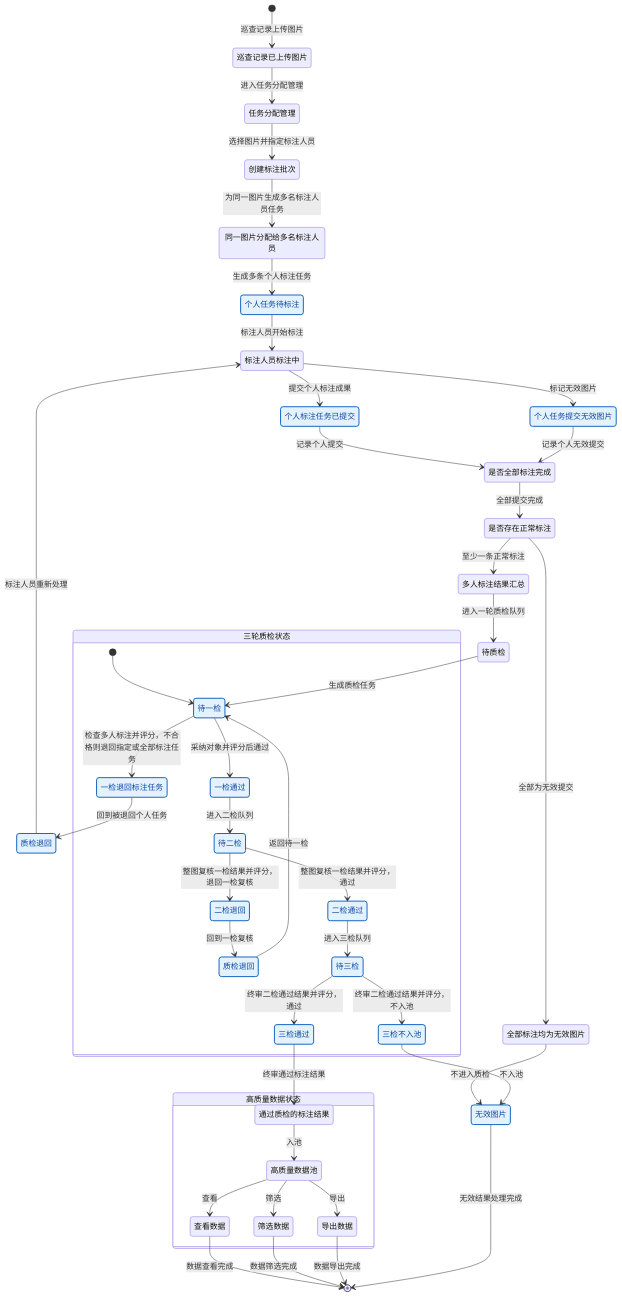
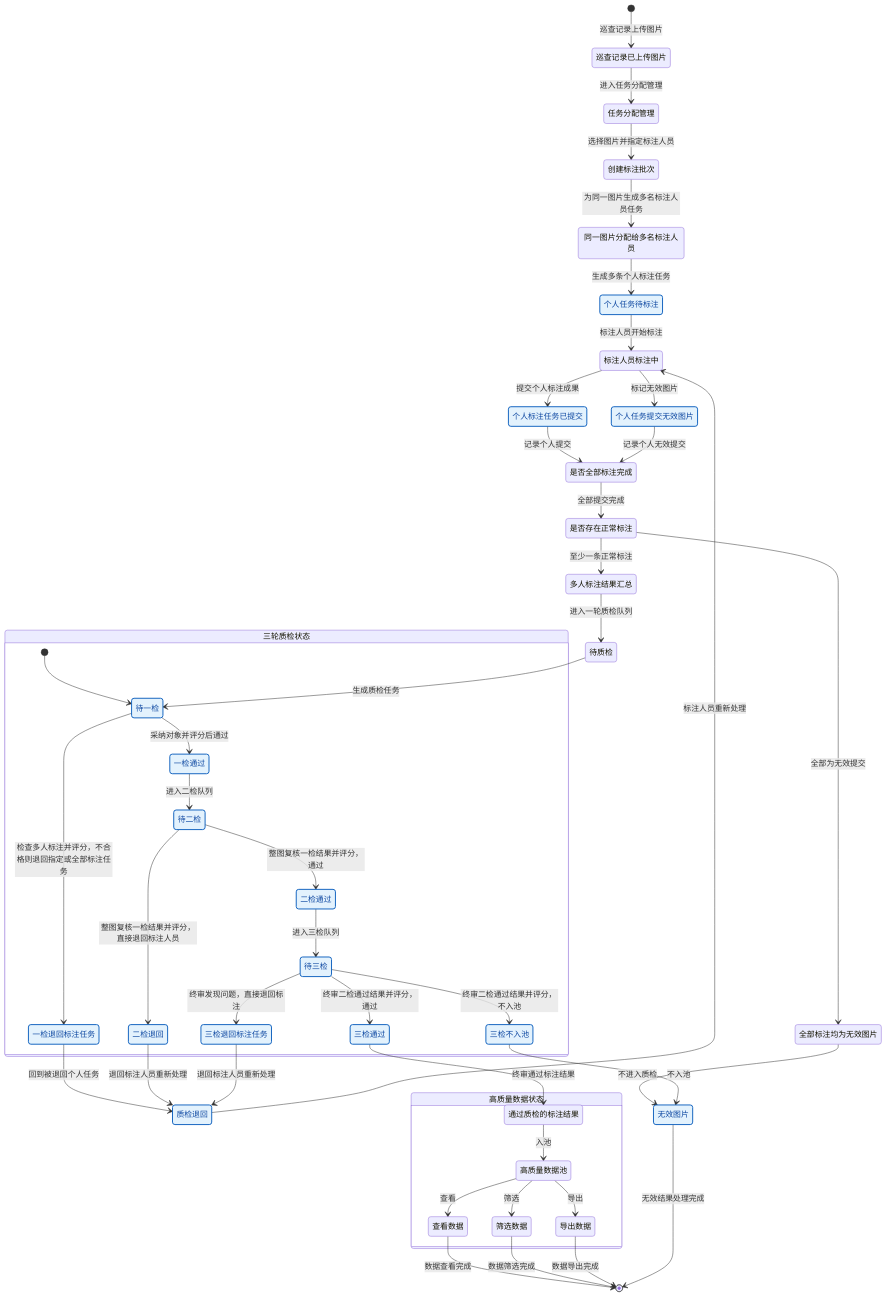
One commit to zhudan930612/shujuzhili changed the diagram in 02-PRD文档/后台管理/标注质检三轮质检流程.mmd. Above: the diagram before and after it, drawn with Mermaid. The commit also changed 1 other file, not shown here.

```diff
--- a/02-PRD文档/后台管理/标注质检三轮质检流程.mmd
+++ b/02-PRD文档/后台管理/标注质检三轮质检流程.mmd
@@ -1,96 +1,98 @@
 %%{init: {'theme':'mc'}}%%
 stateDiagram-v2
   [*] --> InspectionUploaded: 巡查记录上传图片
 
   InspectionUploaded: 巡查记录已上传图片
   AssignmentManage: 任务分配管理
   BatchCreated: 创建标注批次
   MultiAnnotationAssigned: 同一图片分配给多名标注人员
   AnnotationTodo: 个人任务待标注
   Annotating: 标注人员标注中
   AnnotationSubmitted: 个人标注任务已提交
   AnnotationInvalid: 个人任务提交无效图片
   AnnotationReturned: 质检退回
   FinalInvalid: 无效图片
   AllAnnotationSubmitted: 是否全部标注完成
   HasValidAnnotation: 是否存在正常标注
   AnnotationMerged: 多人标注结果汇总
   QCWaiting: 待质检
   AllInvalidSample: 全部标注均为无效图片
 
   InspectionUploaded --> AssignmentManage: 进入任务分配管理
   AssignmentManage --> BatchCreated: 选择图片并指定标注人员
   BatchCreated --> MultiAnnotationAssigned: 为同一图片生成多名标注人员任务
   MultiAnnotationAssigned --> AnnotationTodo: 生成多条个人标注任务
   AnnotationTodo --> Annotating: 标注人员开始标注
   Annotating --> AnnotationSubmitted: 提交个人标注成果
   Annotating --> AnnotationInvalid: 标记无效图片
   AnnotationSubmitted --> AllAnnotationSubmitted: 记录个人提交
   AnnotationInvalid --> AllAnnotationSubmitted: 记录个人无效提交
   AnnotationReturned --> Annotating: 标注人员重新处理
   AllAnnotationSubmitted --> HasValidAnnotation: 全部提交完成
   HasValidAnnotation --> AnnotationMerged: 至少一条正常标注
   HasValidAnnotation --> AllInvalidSample: 全部为无效提交
   AnnotationMerged --> QCWaiting: 进入一轮质检队列
   AllInvalidSample --> FinalInvalid: 不进入质检
 
   state "三轮质检状态" as QCFlow {
     [*] --> QC1Waiting
 
     QC1Waiting: 待一检
     QC1Passed: 一检通过
     QC1Returned: 一检退回标注任务
-    QC1ReturnedByQC2: 质检退回
 
     QC1Waiting --> QC1Returned: 检查多人标注并评分，不合格则退回指定或全部标注任务
-    QC1ReturnedByQC2 --> QC1Waiting: 返回待一检
+
     QC1Waiting --> QC1Passed: 采纳对象并评分后通过
 
     QC2Waiting: 待二检
     QC2Passed: 二检通过
     QC2Returned: 二检退回
 
     QC1Passed --> QC2Waiting: 进入二检队列
     QC2Waiting --> QC2Passed: 整图复核一检结果并评分，通过
-    QC2Waiting --> QC2Returned: 整图复核一检结果并评分，退回一检复核
+    QC2Waiting --> QC2Returned: 整图复核一检结果并评分，直接退回标注人员
 
     QC3Waiting: 待三检
     QC3Passed: 三检通过
     QC3NoPool: 三检不入池
+    QC3Returned: 三检退回标注任务
 
     QC2Passed --> QC3Waiting: 进入三检队列
     QC3Waiting --> QC3NoPool: 终审二检通过结果并评分，不入池
     QC3Waiting --> QC3Passed: 终审二检通过结果并评分，通过
+    QC3Waiting --> QC3Returned: 终审发现问题，直接退回标注
   }
 
   QCWaiting --> QC1Waiting: 生成质检任务
 
   QC1Returned --> AnnotationReturned: 回到被退回个人任务
-  QC2Returned --> QC1ReturnedByQC2: 回到一检复核
+  QC2Returned --> AnnotationReturned: 退回标注人员重新处理
+  QC3Returned --> AnnotationReturned: 退回标注人员重新处理
 
   QC3Passed --> TrustedResult: 终审通过标注结果
   QC3NoPool --> FinalInvalid: 不入池
 
   state "高质量数据状态" as DataFlow {
     TrustedResult: 通过质检的标注结果
     QualityDataPool: 高质量数据池
     QualityDataView: 查看数据
     QualityDataFilter: 筛选数据
     QualityDataExport: 导出数据
 
     TrustedResult --> QualityDataPool: 入池
     QualityDataPool --> QualityDataView: 查看
     QualityDataPool --> QualityDataFilter: 筛选
     QualityDataPool --> QualityDataExport: 导出
   }
 
   QualityDataView --> [*]: 数据查看完成
   QualityDataFilter --> [*]: 数据筛选完成
   QualityDataExport --> [*]: 数据导出完成
   FinalInvalid --> [*]: 无效结果处理完成
 
   classDef listStatus fill:#e3f2fd,stroke:#1565c0,stroke-width:2px,color:#0d47a1
   class AnnotationTodo,AnnotationSubmitted,AnnotationInvalid,AnnotationReturned,FinalInvalid listStatus
-  class QC1Waiting,QC1Passed,QC1Returned,QC1ReturnedByQC2 listStatus
+  class QC1Waiting,QC1Passed,QC1Returned listStatus
   class QC2Waiting,QC2Passed,QC2Returned listStatus
-  class QC3Waiting,QC3Passed,QC3NoPool listStatus
+  class QC3Waiting,QC3Passed,QC3NoPool,QC3Returned listStatus
```
